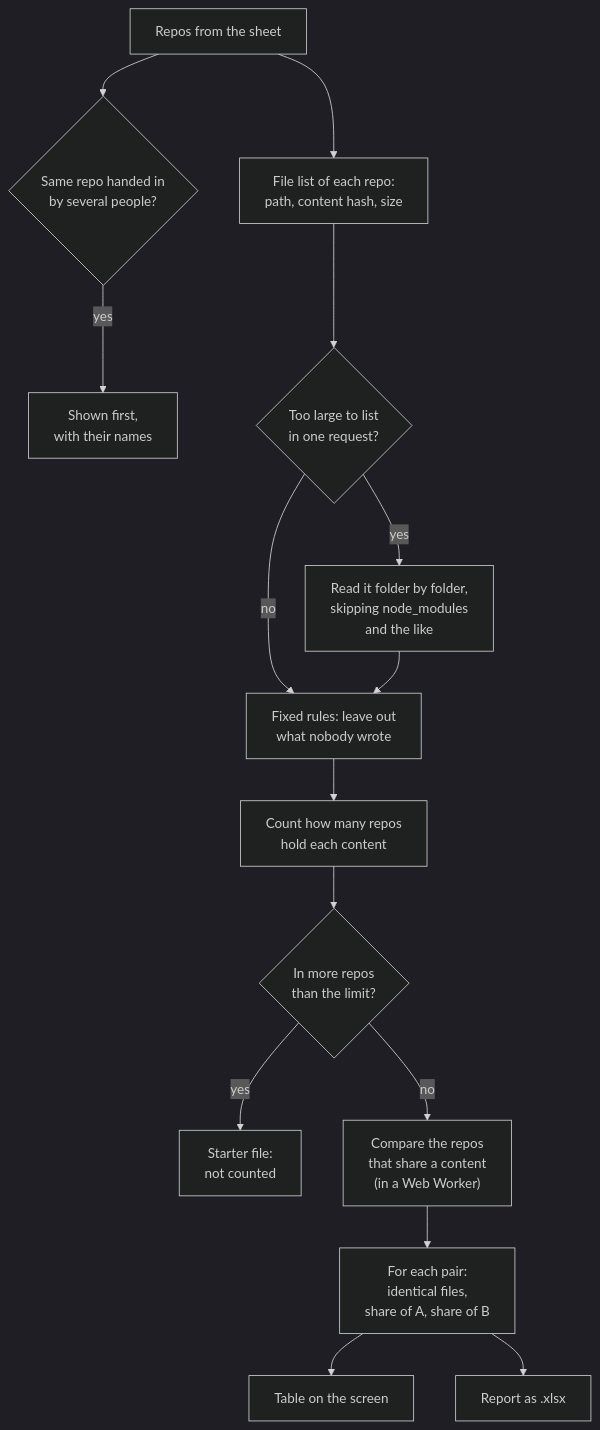
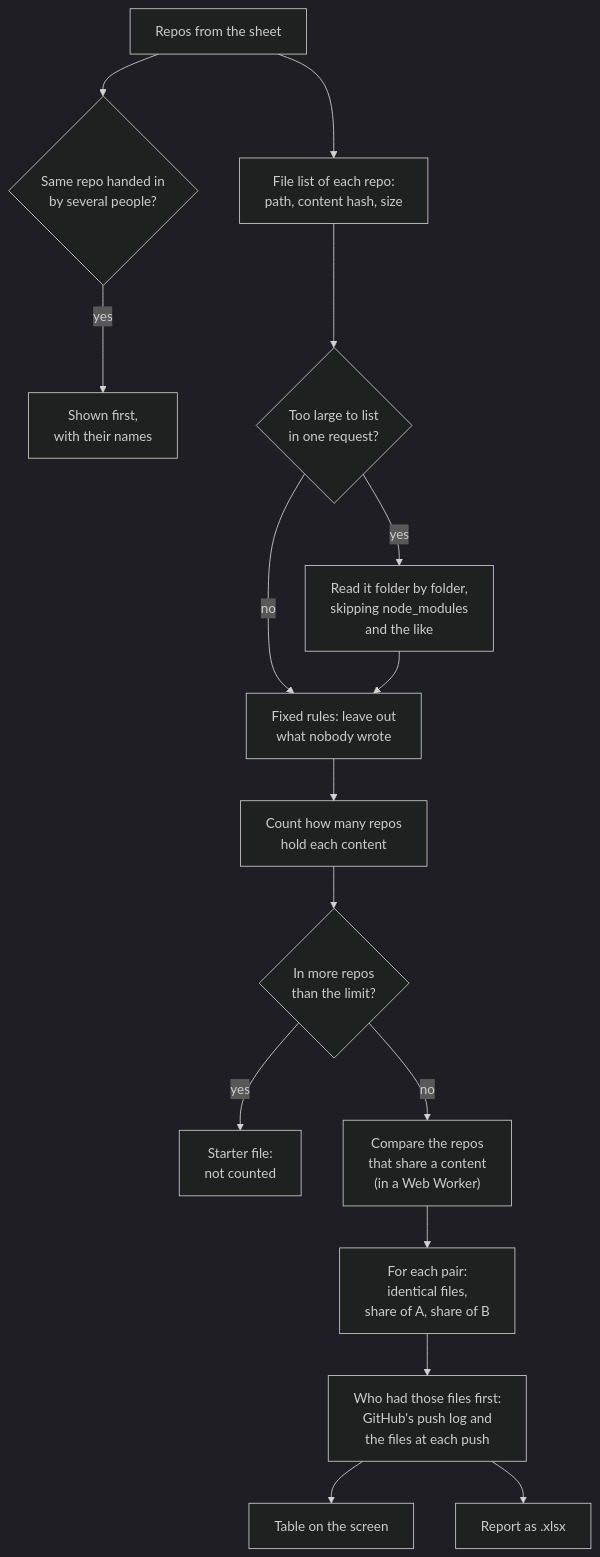
The fourth of 5 diagrams in README.md (ALPHAMAN-0/Sir_ar_last_date), drawn with Mermaid (dark theme) before and after one commit. The commit also changed other lines of this file and 12 other files, not shown here.

First line of the commit message:
Refactor similarity reporting and add "who had the files first" feature

````diff
--- a/README.md
+++ b/README.md
@@ -183,17 +183,18 @@
 ```mermaid
 flowchart TD
   A["Repos from the sheet"] --> B{"Same repo handed in<br/>by several people?"}
   B -- yes --> B1["Shown first,<br/>with their names"]
   A --> C["File list of each repo:<br/>path, content hash, size"]
   C --> D{"Too large to list<br/>in one request?"}
   D -- yes --> D1["Read it folder by folder,<br/>skipping node_modules<br/>and the like"]
   D -- no --> E
   D1 --> E["Fixed rules: leave out<br/>what nobody wrote"]
   E --> F["Count how many repos<br/>hold each content"]
   F --> G{"In more repos<br/>than the limit?"}
   G -- yes --> G1["Starter file:<br/>not counted"]
   G -- no --> H["Compare the repos<br/>that share a content<br/>(in a Web Worker)"]
   H --> I["For each pair:<br/>identical files,<br/>share of A, share of B"]
-  I --> J["Table on the screen"]
-  I --> K["Report as .xlsx"]
+  I --> L["Who had those files first:<br/>GitHub's push log and<br/>the files at each push"]
+  L --> J["Table on the screen"]
+  L --> K["Report as .xlsx"]
 ```
````
